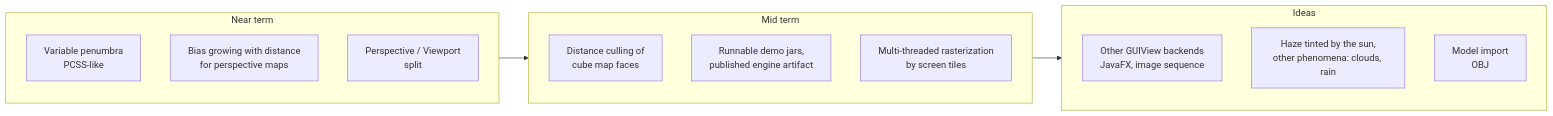
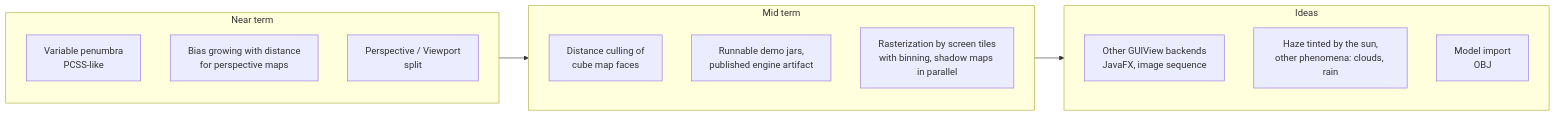
Diagram 25 of 25 in docs/DESIGN.md (obarry/Aventura), drawn with Mermaid before and after one commit. The commit also changed other lines of this file and 8 other files, not shown here.

````diff
--- a/docs/DESIGN.md
+++ b/docs/DESIGN.md
@@ -1129,19 +1393,19 @@
 ```mermaid
 flowchart LR
     subgraph NOW["Near term"]
         n1[Variable penumbra<br/>PCSS-like]
         n2[Bias growing with distance<br/>for perspective maps]
         n4[Perspective / Viewport<br/>split]
     end
     subgraph NEXT["Mid term"]
         m1[Distance culling of<br/>cube map faces]
         m2[Runnable demo jars,<br/>published engine artifact]
-        m3[Multi-threaded rasterization<br/>by screen tiles]
+        m3[Rasterization by screen tiles<br/>with binning, shadow maps in parallel]
     end
     subgraph LATER["Ideas"]
         l1[Other GUIView backends<br/>JavaFX, image sequence]
         l2[Haze tinted by the sun,<br/>other phenomena: clouds, rain]
         l3[Model import<br/>OBJ]
     end
     NOW --> NEXT --> LATER
 ```
````
